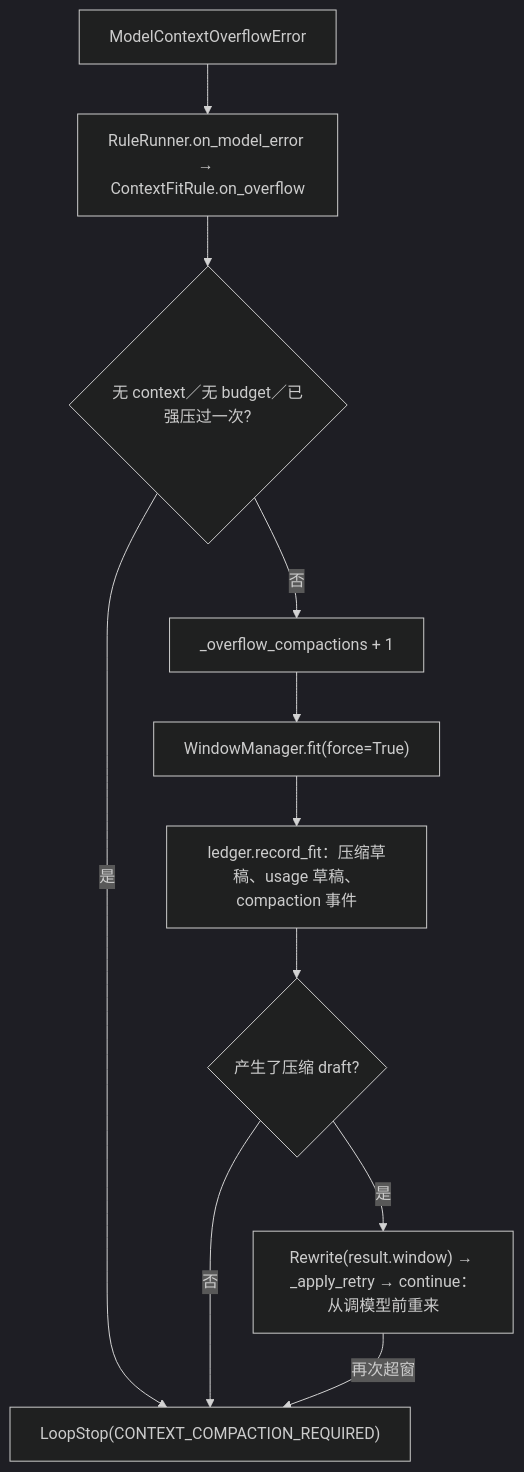
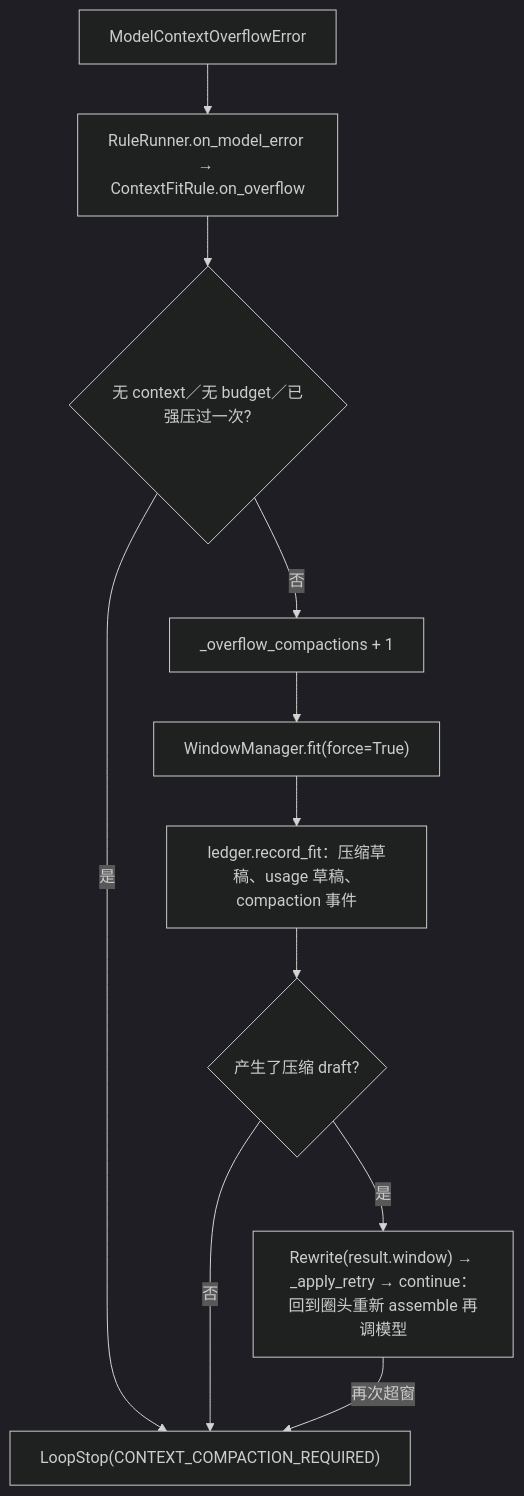
Diagram 17 of 54 in docs/06-代码阅读线路.md (qubaolai/ForgeCLI), drawn with Mermaid (dark theme) before and after one commit. The commit also changed other lines of this file and 59 other files, not shown here.

````diff
--- a/docs/06-代码阅读线路.md
+++ b/docs/06-代码阅读线路.md
@@ -737,13 +764,13 @@
 ```mermaid
 flowchart TD
     A["ModelContextOverflowError"] --> B["RuleRunner.on_model_error → ContextFitRule.on_overflow"]
     B --> C{"无 context／无 budget／已强压过一次?"}
     C -->|是| D["LoopStop(CONTEXT_COMPACTION_REQUIRED)"]
     C -->|否| E["_overflow_compactions + 1"]
     E --> F["WindowManager.fit(force=True)"]
     F --> G["ledger.record_fit：压缩草稿、usage 草稿、compaction 事件"]
     G --> H{"产生了压缩 draft?"}
     H -->|否| D
-    H -->|是| I["Rewrite(result.window) → _apply_retry → continue：从调模型前重来"]
+    H -->|是| I["Rewrite(result.window) → _apply_retry → continue：回到圈头重新 assemble 再调模型"]
     I -->|再次超窗| D
 ```
````
